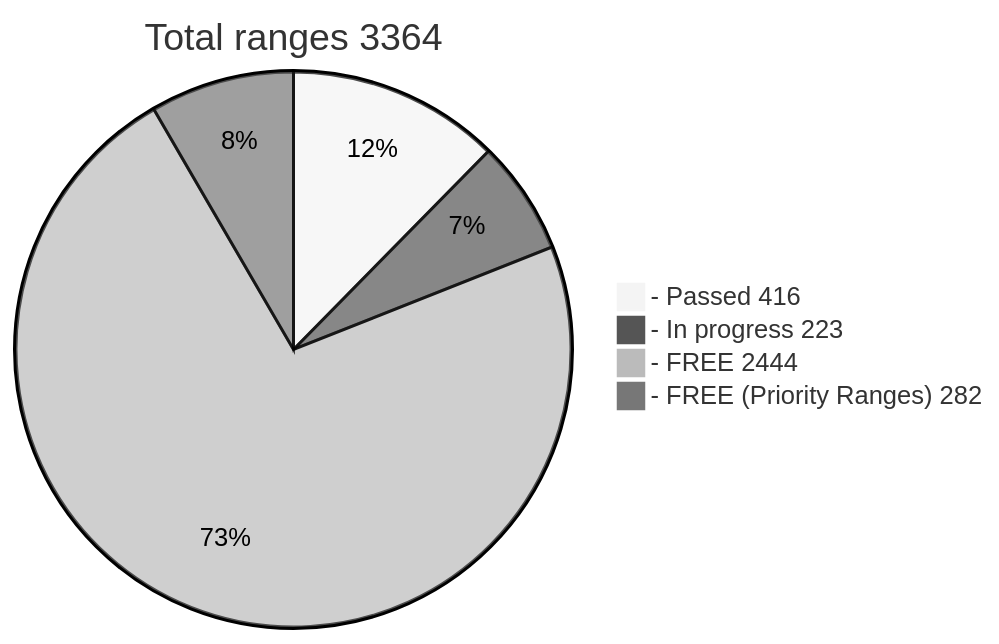
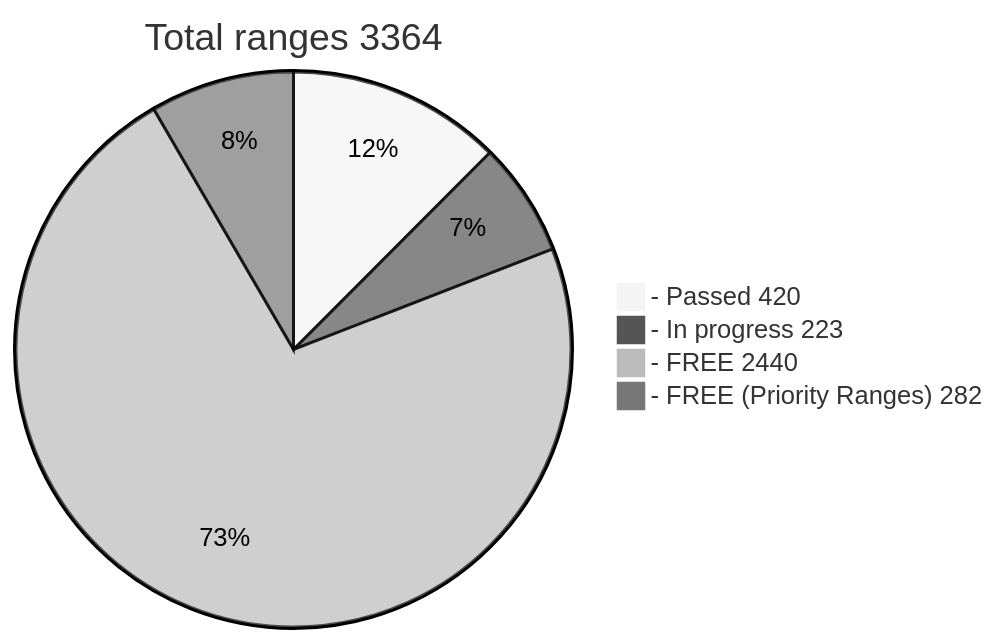
Before and after one commit to phrutis/wif500: the diagram in README.md, drawn with Mermaid (neutral theme).

````diff
--- a/README.md
+++ b/README.md
@@ -16,7 +16,7 @@
 ```mermaid
 pie title Total ranges 3364
-  "- Passed 416" : 416
+  "- Passed 420" : 420
   "- In progress 223" : 223
-  "- FREE 2444" : 2443
+  "- FREE 2440" : 2440
   "- FREE (Priority Ranges) 282" : 282
 ```
````
